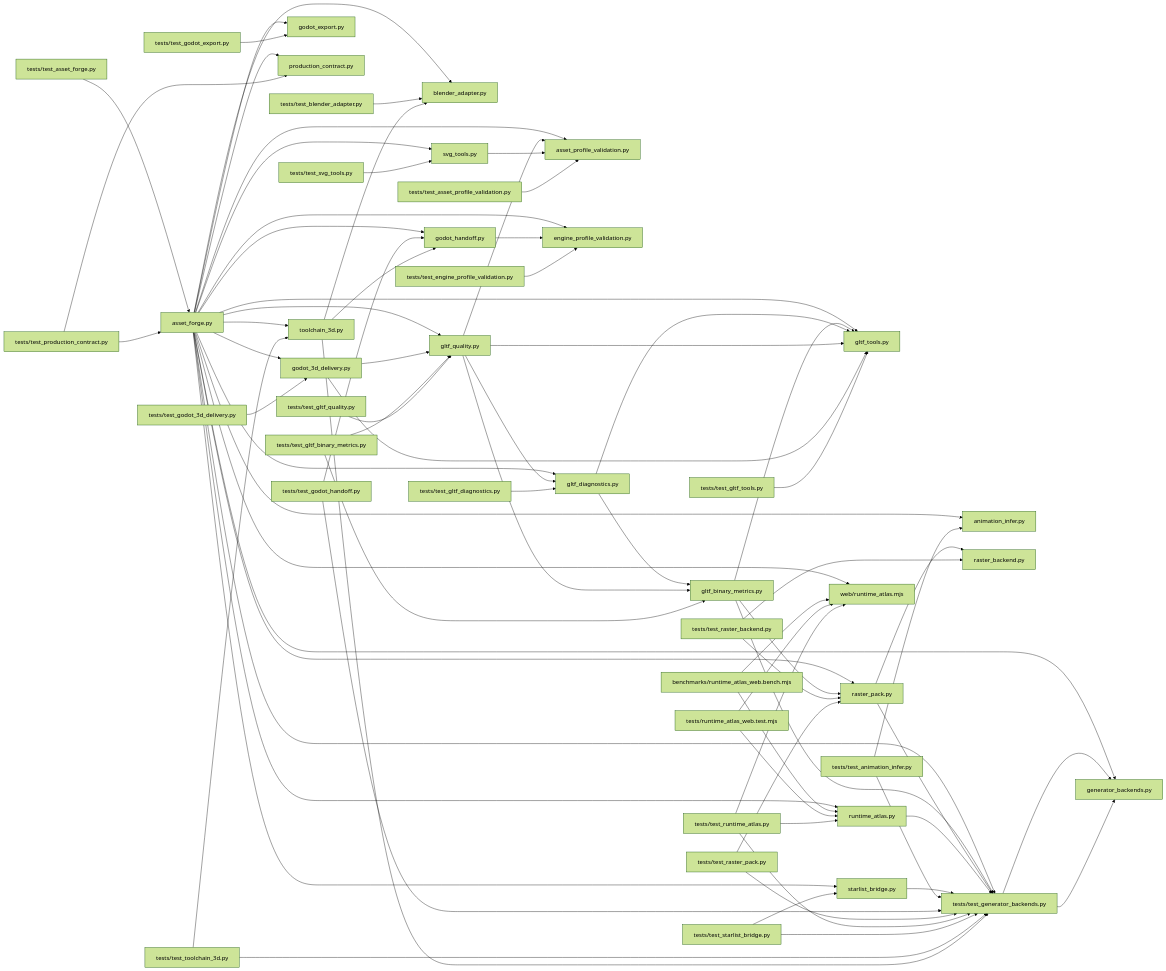
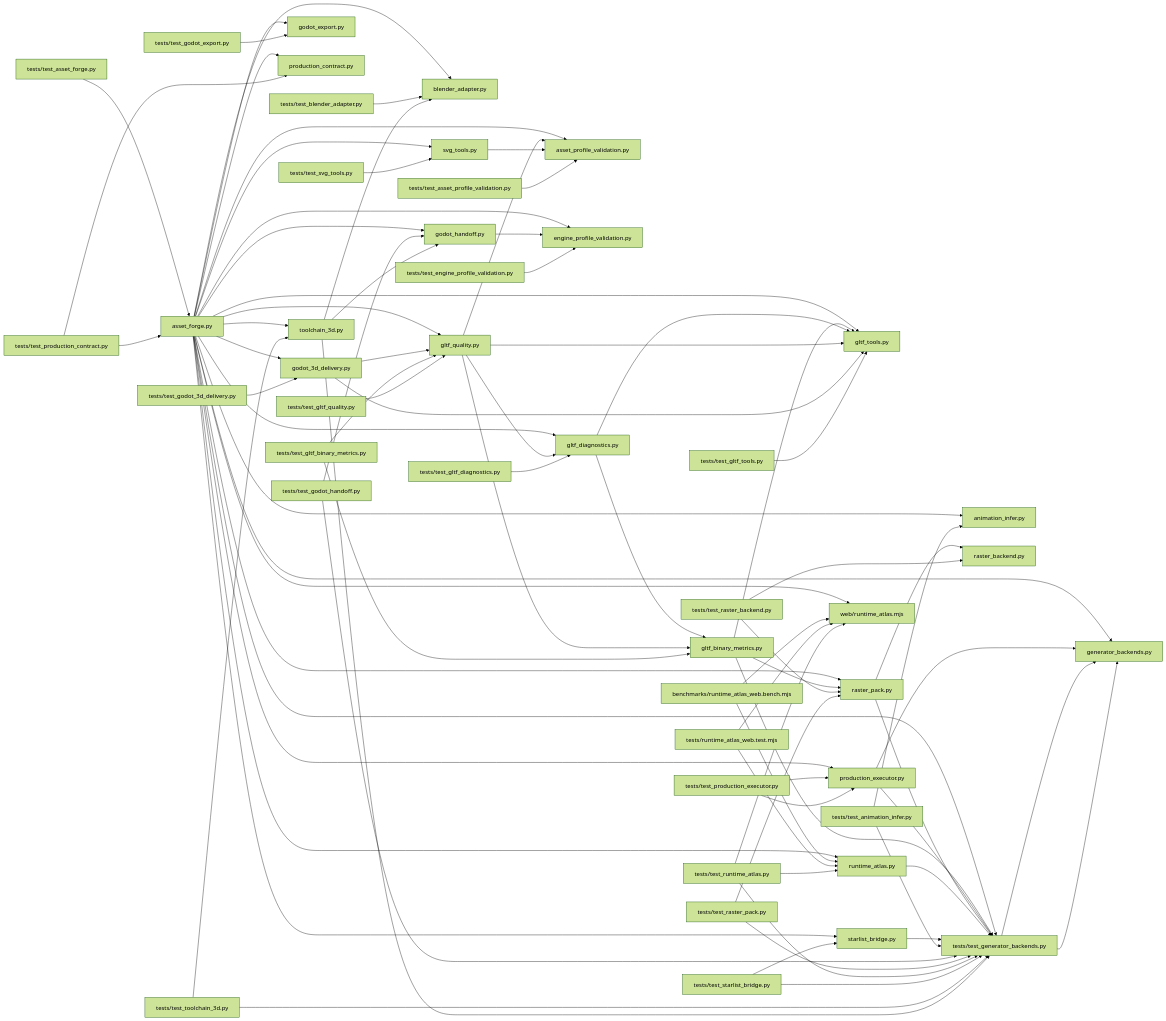
The diagram in .ai/brain/architecture.mmd (dbrckk/asset-forge), drawn with Mermaid (forest theme) before and after one commit. The commit also changed 83 other files, not shown here.

```diff
--- a/.ai/brain/architecture.mmd
+++ b/.ai/brain/architecture.mmd
@@ -1,75 +1,80 @@
 flowchart LR
   nf6aaebdb60["asset_forge.py"] --> na6af60504f["animation_infer.py"]
   nf6aaebdb60["asset_forge.py"] --> n0b538ad53a["asset_profile_validation.py"]
   nf6aaebdb60["asset_forge.py"] --> n53f8241bed["blender_adapter.py"]
   nf6aaebdb60["asset_forge.py"] --> n6c970becb0["engine_profile_validation.py"]
   nf6aaebdb60["asset_forge.py"] --> n628d7e8336["generator_backends.py"]
   nf6aaebdb60["asset_forge.py"] --> n75933d141d["gltf_diagnostics.py"]
   nf6aaebdb60["asset_forge.py"] --> n40671eb73f["gltf_quality.py"]
   nf6aaebdb60["asset_forge.py"] --> n603af8be95["gltf_tools.py"]
   nf6aaebdb60["asset_forge.py"] --> n19f6cc30a2["godot_3d_delivery.py"]
   nf6aaebdb60["asset_forge.py"] --> nf513c6f74a["godot_export.py"]
   nf6aaebdb60["asset_forge.py"] --> n4ac24c4308["godot_handoff.py"]
   nf6aaebdb60["asset_forge.py"] --> n053badf172["production_contract.py"]
+  nf6aaebdb60["asset_forge.py"] --> nd2e1f874ab["production_executor.py"]
   nf6aaebdb60["asset_forge.py"] --> n812f5d6cd8["raster_pack.py"]
   nf6aaebdb60["asset_forge.py"] --> n5b9c1dbfe7["runtime_atlas.py"]
   nf6aaebdb60["asset_forge.py"] --> nbf71796fb5["web/runtime_atlas.mjs"]
   nf6aaebdb60["asset_forge.py"] --> n60f2773fae["starlist_bridge.py"]
   nf6aaebdb60["asset_forge.py"] --> nd1a9eb18f4["svg_tools.py"]
   nf6aaebdb60["asset_forge.py"] --> n9f52789201["toolchain_3d.py"]
   nf1083f5ce7["benchmarks/runtime_atlas_web.bench.mjs"] --> n5b9c1dbfe7["runtime_atlas.py"]
   nf1083f5ce7["benchmarks/runtime_atlas_web.bench.mjs"] --> nbf71796fb5["web/runtime_atlas.mjs"]
   nf2ad6ffaad["gltf_binary_metrics.py"] --> n603af8be95["gltf_tools.py"]
   nf2ad6ffaad["gltf_binary_metrics.py"] --> n812f5d6cd8["raster_pack.py"]
   n75933d141d["gltf_diagnostics.py"] --> nf2ad6ffaad["gltf_binary_metrics.py"]
   n75933d141d["gltf_diagnostics.py"] --> n603af8be95["gltf_tools.py"]
   n40671eb73f["gltf_quality.py"] --> n0b538ad53a["asset_profile_validation.py"]
   n40671eb73f["gltf_quality.py"] --> nf2ad6ffaad["gltf_binary_metrics.py"]
   n40671eb73f["gltf_quality.py"] --> n75933d141d["gltf_diagnostics.py"]
   n40671eb73f["gltf_quality.py"] --> n603af8be95["gltf_tools.py"]
   n19f6cc30a2["godot_3d_delivery.py"] --> n40671eb73f["gltf_quality.py"]
   n19f6cc30a2["godot_3d_delivery.py"] --> n603af8be95["gltf_tools.py"]
   n4ac24c4308["godot_handoff.py"] --> n6c970becb0["engine_profile_validation.py"]
+  nd2e1f874ab["production_executor.py"] --> n628d7e8336["generator_backends.py"]
   n812f5d6cd8["raster_pack.py"] --> n1f573e1b00["raster_backend.py"]
   nd1a9eb18f4["svg_tools.py"] --> n0b538ad53a["asset_profile_validation.py"]
   n6d6a7f3f5f["tests/runtime_atlas_web.test.mjs"] --> n5b9c1dbfe7["runtime_atlas.py"]
   n6d6a7f3f5f["tests/runtime_atlas_web.test.mjs"] --> nbf71796fb5["web/runtime_atlas.mjs"]
   ndd9a4fb45c["tests/test_animation_infer.py"] --> na6af60504f["animation_infer.py"]
   na7d4387d3f["tests/test_asset_forge.py"] --> nf6aaebdb60["asset_forge.py"]
   necd522caf1["tests/test_asset_profile_validation.py"] --> n0b538ad53a["asset_profile_validation.py"]
   n0b5e01c792["tests/test_blender_adapter.py"] --> n53f8241bed["blender_adapter.py"]
   n69f8299d4b["tests/test_engine_profile_validation.py"] --> n6c970becb0["engine_profile_validation.py"]
   n3669c12588["tests/test_generator_backends.py"] --> n628d7e8336["generator_backends.py"]
   nd70a422de4["tests/test_gltf_binary_metrics.py"] --> nf2ad6ffaad["gltf_binary_metrics.py"]
   nd70a422de4["tests/test_gltf_binary_metrics.py"] --> n40671eb73f["gltf_quality.py"]
   nfb115d84b9["tests/test_gltf_diagnostics.py"] --> n75933d141d["gltf_diagnostics.py"]
   n9879eb7c58["tests/test_gltf_quality.py"] --> n40671eb73f["gltf_quality.py"]
   nbe4b566f23["tests/test_gltf_tools.py"] --> n603af8be95["gltf_tools.py"]
   n5132dff4b4["tests/test_godot_3d_delivery.py"] --> n19f6cc30a2["godot_3d_delivery.py"]
   n765e2032dc["tests/test_godot_export.py"] --> nf513c6f74a["godot_export.py"]
   n796d12e7ad["tests/test_godot_handoff.py"] --> n4ac24c4308["godot_handoff.py"]
   n2bf208ea95["tests/test_production_contract.py"] --> nf6aaebdb60["asset_forge.py"]
   n2bf208ea95["tests/test_production_contract.py"] --> n053badf172["production_contract.py"]
+  n7bb7caee30["tests/test_production_executor.py"] --> nd2e1f874ab["production_executor.py"]
   nfa190699df["tests/test_raster_backend.py"] --> n1f573e1b00["raster_backend.py"]
   nfa190699df["tests/test_raster_backend.py"] --> n812f5d6cd8["raster_pack.py"]
   nacd4f64dad["tests/test_raster_pack.py"] --> n812f5d6cd8["raster_pack.py"]
   n648bc622f8["tests/test_runtime_atlas.py"] --> n5b9c1dbfe7["runtime_atlas.py"]
   n648bc622f8["tests/test_runtime_atlas.py"] --> nbf71796fb5["web/runtime_atlas.mjs"]
   n741d12fac4["tests/test_starlist_bridge.py"] --> n60f2773fae["starlist_bridge.py"]
   n9799642b7e["tests/test_svg_tools.py"] --> nd1a9eb18f4["svg_tools.py"]
   n67da2e7cde["tests/test_toolchain_3d.py"] --> n9f52789201["toolchain_3d.py"]
   n9f52789201["toolchain_3d.py"] --> n53f8241bed["blender_adapter.py"]
   n9f52789201["toolchain_3d.py"] --> n4ac24c4308["godot_handoff.py"]
   n3669c12588["tests/test_generator_backends.py"] --> n628d7e8336["generator_backends.py"]
+  n7bb7caee30["tests/test_production_executor.py"] --> nd2e1f874ab["production_executor.py"]
   nf6aaebdb60["asset_forge.py"] --> n3669c12588["tests/test_generator_backends.py"]
   nf2ad6ffaad["gltf_binary_metrics.py"] --> n3669c12588["tests/test_generator_backends.py"]
+  nd2e1f874ab["production_executor.py"] --> n3669c12588["tests/test_generator_backends.py"]
   n812f5d6cd8["raster_pack.py"] --> n3669c12588["tests/test_generator_backends.py"]
   n5b9c1dbfe7["runtime_atlas.py"] --> n3669c12588["tests/test_generator_backends.py"]
   n60f2773fae["starlist_bridge.py"] --> n3669c12588["tests/test_generator_backends.py"]
   ndd9a4fb45c["tests/test_animation_infer.py"] --> n3669c12588["tests/test_generator_backends.py"]
   n796d12e7ad["tests/test_godot_handoff.py"] --> n3669c12588["tests/test_generator_backends.py"]
   nacd4f64dad["tests/test_raster_pack.py"] --> n3669c12588["tests/test_generator_backends.py"]
   n648bc622f8["tests/test_runtime_atlas.py"] --> n3669c12588["tests/test_generator_backends.py"]
   n741d12fac4["tests/test_starlist_bridge.py"] --> n3669c12588["tests/test_generator_backends.py"]
   n67da2e7cde["tests/test_toolchain_3d.py"] --> n3669c12588["tests/test_generator_backends.py"]
   n9f52789201["toolchain_3d.py"] --> n3669c12588["tests/test_generator_backends.py"]
```
